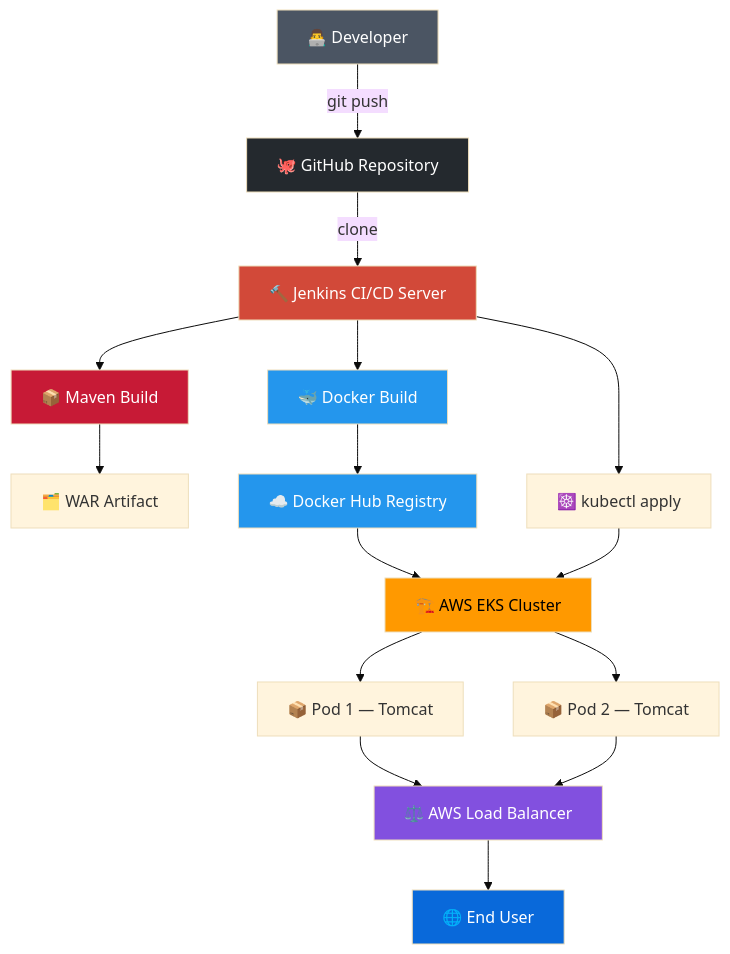
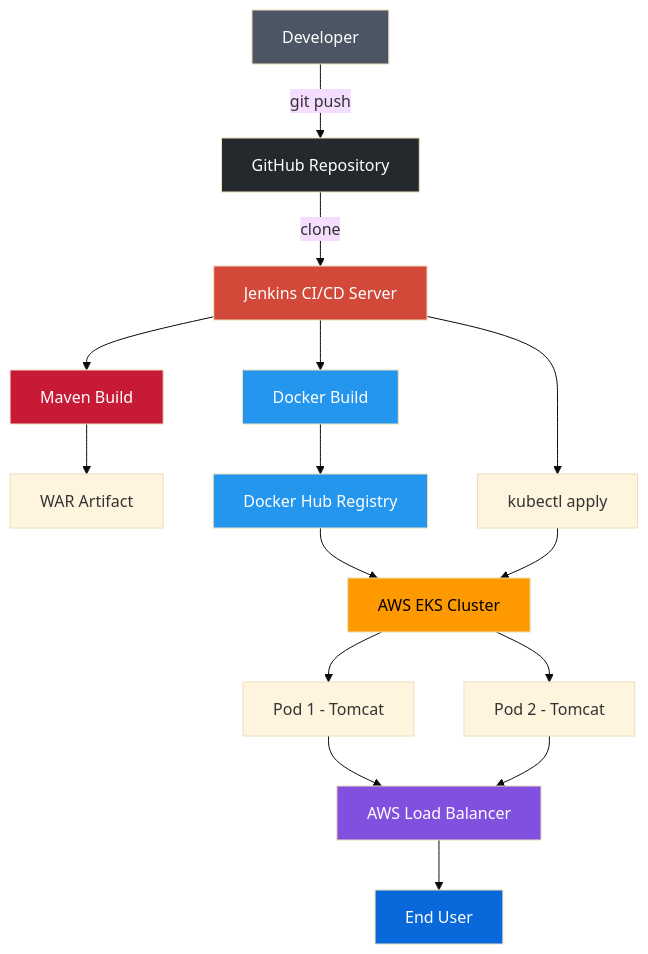
Before and after one commit to Saf1111/maven-web-app: the diagram in README.md, drawn with Mermaid (base theme).

````diff
--- a/README.md
+++ b/README.md
@@ -61,27 +61,27 @@
 ```mermaid
 flowchart TD
-    A[👨‍💻 Developer] -->|git push| B[🐙 GitHub Repository]
-    B -->|clone| C[🔨 Jenkins CI/CD Server]
-    C --> D[📦 Maven Build]
-    D --> E[🗂️ WAR Artifact]
-    C --> F[🐳 Docker Build]
-    F --> G[☁️ Docker Hub Registry]
-    C --> H[☸️ kubectl apply]
-    G --> I[🏗️ AWS EKS Cluster]
+    A["Developer"] -->|git push| B["GitHub Repository"]
+    B -->|clone| C["Jenkins CI/CD Server"]
+    C --> D["Maven Build"]
+    D --> E["WAR Artifact"]
+    C --> F["Docker Build"]
+    F --> G["Docker Hub Registry"]
+    C --> H["kubectl apply"]
+    G --> I["AWS EKS Cluster"]
     H --> I
-    I --> J[📦 Pod 1 — Tomcat]
-    I --> K[📦 Pod 2 — Tomcat]
-    J --> L[⚖️ AWS Load Balancer]
+    I --> J["Pod 1 - Tomcat"]
+    I --> K["Pod 2 - Tomcat"]
+    J --> L["AWS Load Balancer"]
     K --> L
-    L --> M[🌐 End User]
+    L --> M["End User"]
 
     style A fill:#4b5563,color:#fff
     style B fill:#24292e,color:#fff
     style C fill:#d24939,color:#fff
     style D fill:#c71a36,color:#fff
     style F fill:#2496ed,color:#fff
     style G fill:#2496ed,color:#fff
     style I fill:#ff9900,color:#000
     style L fill:#8250df,color:#fff
     style M fill:#0969da,color:#fff
 ```
````
